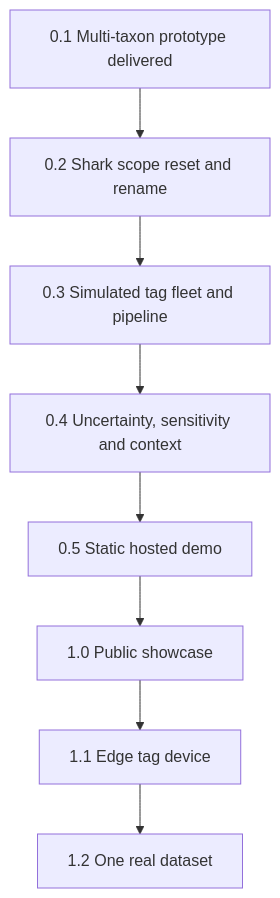
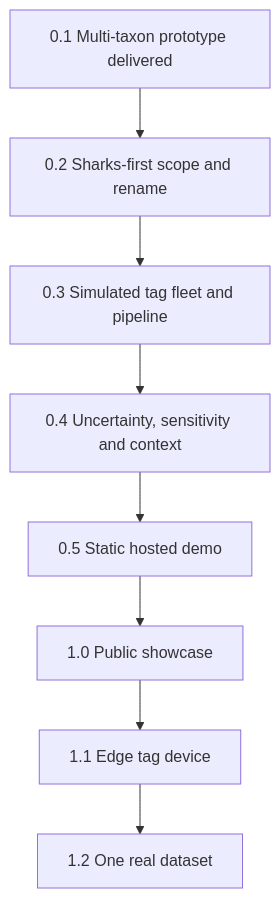
Before and after one commit to Nicolas-Rigaudy/lorenzini-track: the diagram in logics/roadmap/road_001_lorenzini_track_to_1_0.md, drawn with Mermaid. The commit also changed other lines of this file and 7 other files, not shown here.

Commit message:
docs: sharks lead, other species stay (decision 0008); reframe roadmap, brief, item_000, task_001 and README

````diff
--- a/logics/roadmap/road_001_lorenzini_track_to_1_0.md
+++ b/logics/roadmap/road_001_lorenzini_track_to_1_0.md
@@ -18,12 +18,12 @@
 ```mermaid
 flowchart TD
   A[0.1 Multi-taxon prototype delivered]
-  B[0.2 Shark scope reset and rename]
+  B[0.2 Sharks-first scope and rename]
   C[0.3 Simulated tag fleet and pipeline]
   D[0.4 Uncertainty, sensitivity and context]
   E[0.5 Static hosted demo]
   F[1.0 Public showcase]
   G[1.1 Edge tag device]
   H[1.2 One real dataset]
   A --> B --> C --> D --> E --> F --> G --> H
 ```
````
